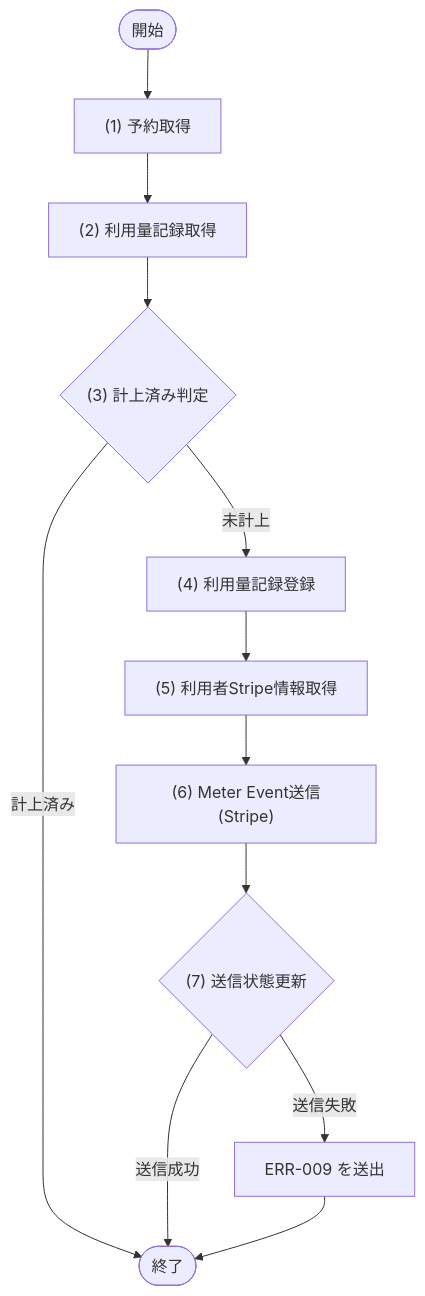
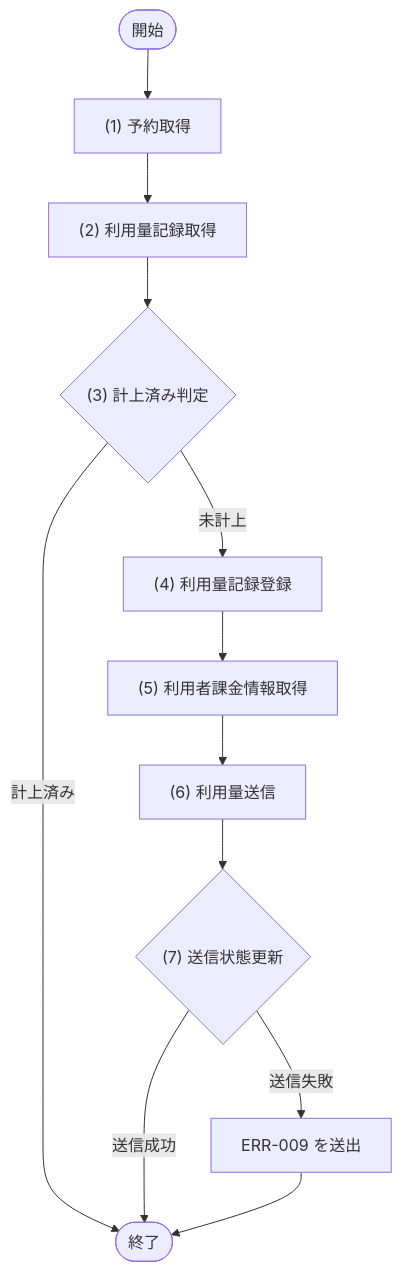
Before and after one commit to sikakou54/system-document-template: the fourth of 5 diagrams in docs/02_機能設計/05_モジュール設計/MOD-007_課金サービス.md, drawn with Mermaid. The commit also changed other lines of this file and 13 other files, not shown here.

Commit message:
docs: keep flowchart labels concise

````diff
--- a/docs/02_機能設計/05_モジュール設計/MOD-007_課金サービス.md
+++ b/docs/02_機能設計/05_モジュール設計/MOD-007_課金サービス.md
@@ -397,19 +397,19 @@
 ```mermaid
 flowchart TD
   Start([開始])
   P1["(1) 予約取得"]
   P2["(2) 利用量記録取得"]
   D1{"(3) 計上済み判定"}
   P3["(4) 利用量記録登録"]
-  P4["(5) 利用者Stripe情報取得"]
-  P5["(6) Meter Event送信(Stripe)"]
+  P4["(5) 利用者課金情報取得"]
+  P5["(6) 利用量送信"]
   D2{"(7) 送信状態更新"}
   E1["ERR-009 を送出"]
   End([終了])
 
   Start --> P1 --> P2 --> D1
   D1 -- "計上済み" --> End
   D1 -- "未計上" --> P3 --> P4 --> P5 --> D2
   D2 -- "送信成功" --> End
   D2 -- "送信失敗" --> E1 --> End
 ```
````
